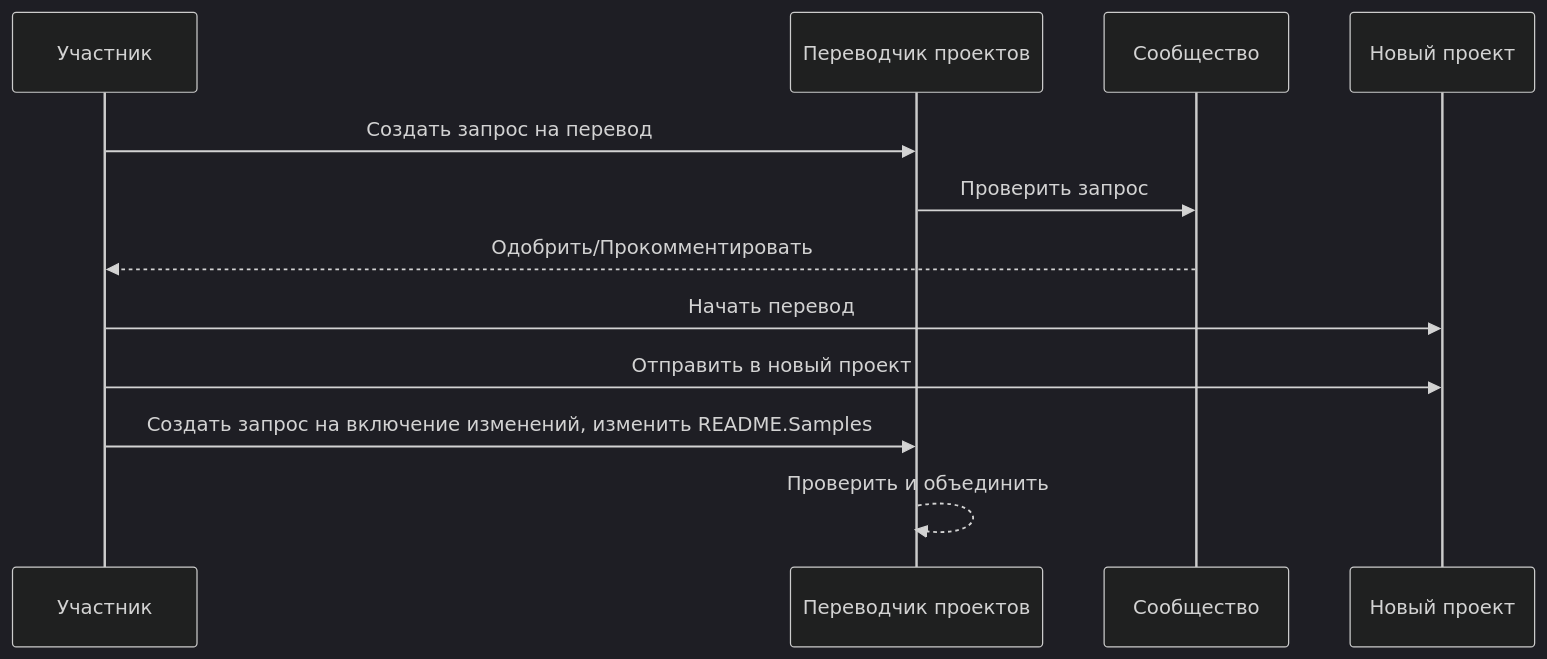
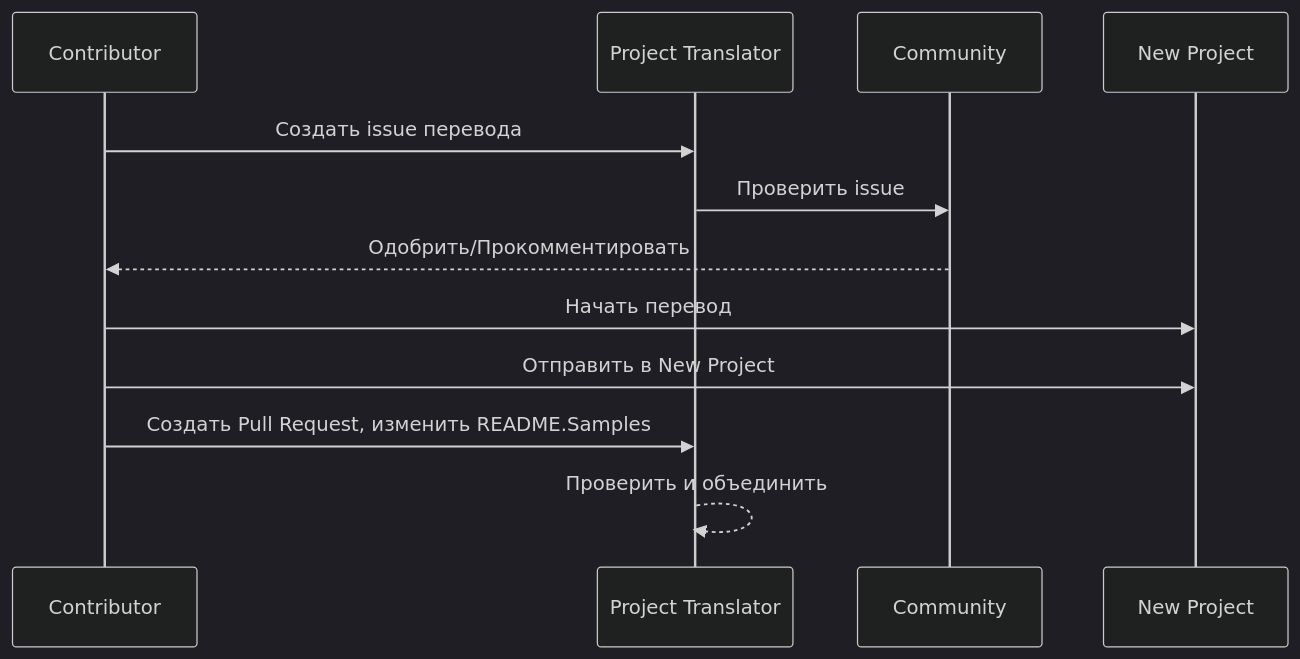
The diagram in readmes/README.ru-ru.md (Project-Translation/project_translator), drawn with Mermaid (dark theme) before and after one commit. The commit also changed other lines of this file and 48 other files, not shown here.

````diff
--- a/readmes/README.ru-ru.md
+++ b/readmes/README.ru-ru.md
@@ -50,10 +56,10 @@
 ```mermaid
 sequenceDiagram
-  Участник->>Переводчик проектов: Создать запрос на перевод
-  Переводчик проектов->>Сообщество: Проверить запрос
-  Сообщество-->>Участник: Одобрить/Прокомментировать
-  Участник->>Новый проект: Начать перевод
-  Участник->>Новый проект: Отправить в новый проект
-  Участник->>Переводчик проектов: Создать запрос на включение изменений, изменить README.Samples
-  Переводчик проектов-->>Переводчик проектов: Проверить и объединить
+  Contributor->>Project Translator: Создать issue перевода
+  Project Translator->>Community: Проверить issue
+  Community-->>Contributor: Одобрить/Прокомментировать
+  Contributor->>New Project: Начать перевод
+  Contributor->>New Project: Отправить в New Project
+  Contributor->>Project Translator: Создать Pull Request, изменить README.Samples
+  Project Translator-->>Project Translator: Проверить и объединить
 ```
````
